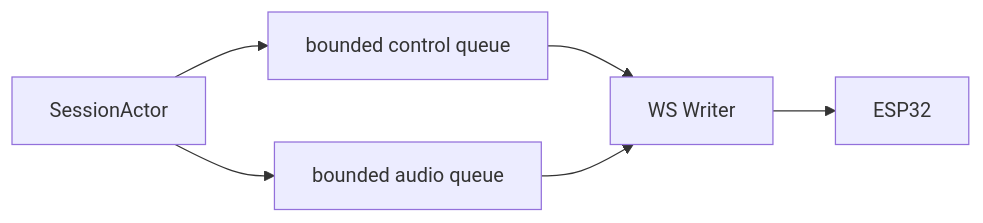
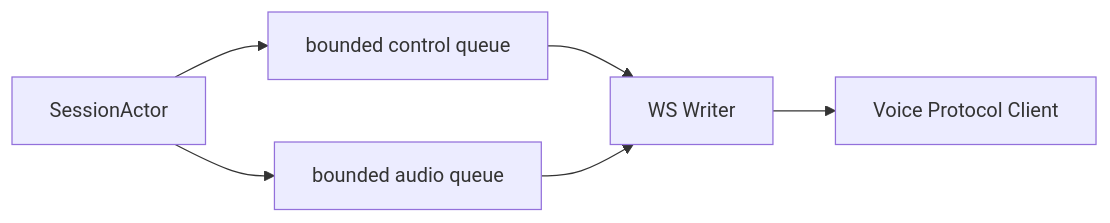
One commit to hailp-vn38/ai-agent-voice changed the third of 3 diagrams in docs/flows/01-websocket.md. Above: the diagram before and after it, drawn with Mermaid. The commit also changed other lines of this file and 33 other files, not shown here.

````diff
--- a/docs/flows/01-websocket.md
+++ b/docs/flows/01-websocket.md
@@ -95,8 +95,8 @@
 ```mermaid
 flowchart LR
   ACTOR[SessionActor] --> C[bounded control queue]
   ACTOR --> A[bounded audio queue]
   C --> WRITER[WS Writer]
   A --> WRITER
-  WRITER --> ESP[ESP32]
+  WRITER --> CLIENT[Voice Protocol Client]
 ```
````
